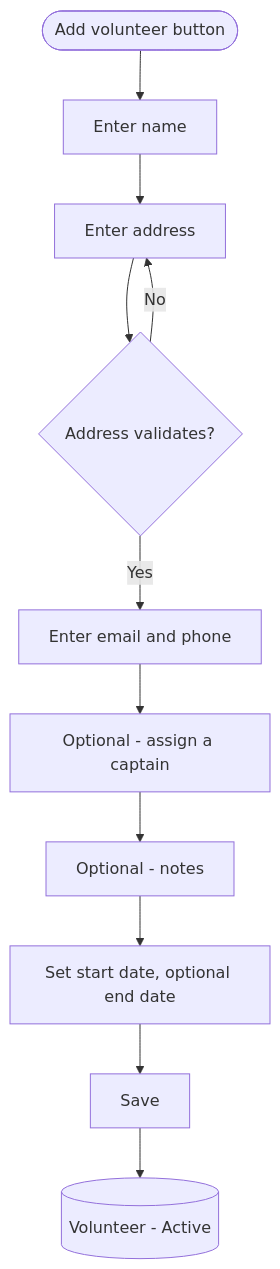
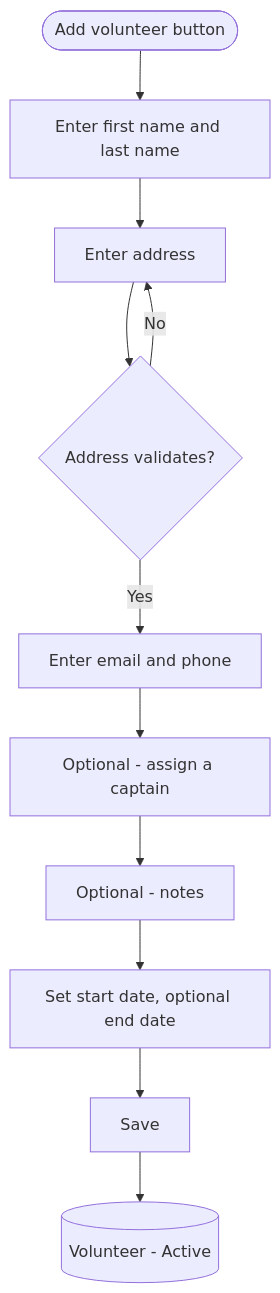
Before and after one commit to uwblueprint/beach-metro: the third of 11 diagrams in docs/people_management_flow_v1.md, drawn with Mermaid. The commit also changed other lines of this file, not shown here.

First line of the commit message:
Auto-vacate routes on volunteer retirement, split name fields, and simplify the captain flow (BM-24)

````diff
--- a/docs/people_management_flow_v1.md
+++ b/docs/people_management_flow_v1.md
@@ -86,13 +86,13 @@
 ```mermaid
 flowchart TD
-    Start([Add volunteer button]) --> Name[Enter name]
+    Start([Add volunteer button]) --> Name[Enter first name and last name]
     Name --> Addr[Enter address]
     Addr --> Valid{Address validates?}
     Valid -->|No| Addr
     Valid -->|Yes| Contact[Enter email and phone]
     Contact --> Cap[Optional - assign a captain]
     Cap --> Notes[Optional - notes]
     Notes --> Dates[Set start date, optional end date]
     Dates --> Save[Save]
     Save --> Active[(Volunteer - Active)]
 ```
````
